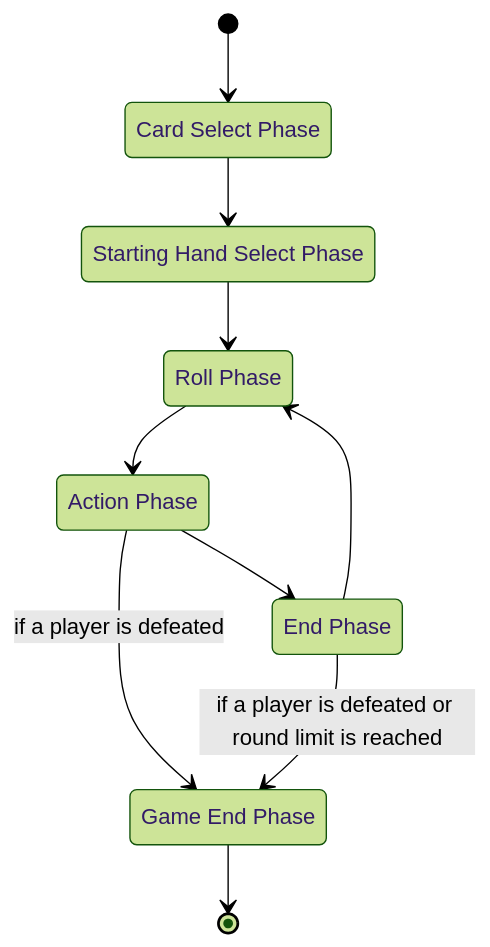
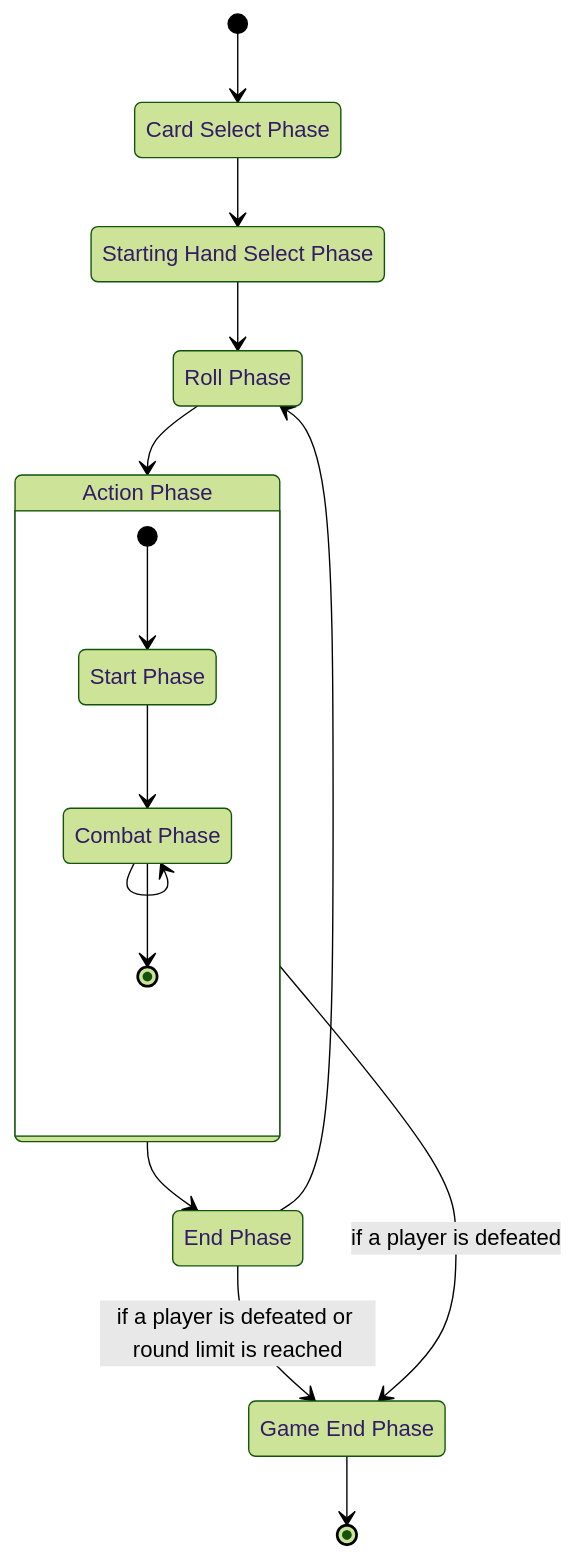
One commit to Jarvis-Yu/Dottore-Genius-Invokation-TCG-Simulator changed the first of 4 diagrams in docs/state_machine_design.md. Above: the diagram before and after it, drawn with Mermaid (forest theme). The commit also changed other lines of this file, not shown here.

Commit message:
updates design doc for combat state

````diff
--- a/docs/state_machine_design.md
+++ b/docs/state_machine_design.md
@@ -5,19 +5,27 @@
 ```mermaid
 stateDiagram-v2
     cards   : Card Select Phase
     shand   : Starting Hand Select Phase
     roll    : Roll Phase
     action  : Action Phase
+    state action {
+        start  : Start Phase
+        combat : Combat Phase
+        [*]    --> start
+        start  --> combat
+        combat --> combat
+        combat --> [*]
+    }
     end     : End Phase
     gameEnd : Game End Phase
 
     [*]     --> cards
     cards   --> shand
     shand   --> roll
     roll    --> action
     action  --> end
     action  --> gameEnd : if a player is defeated
     end     --> gameEnd : if a player is defeated or round limit is reached
     end     --> roll
     gameEnd --> [*]
 ```
````
